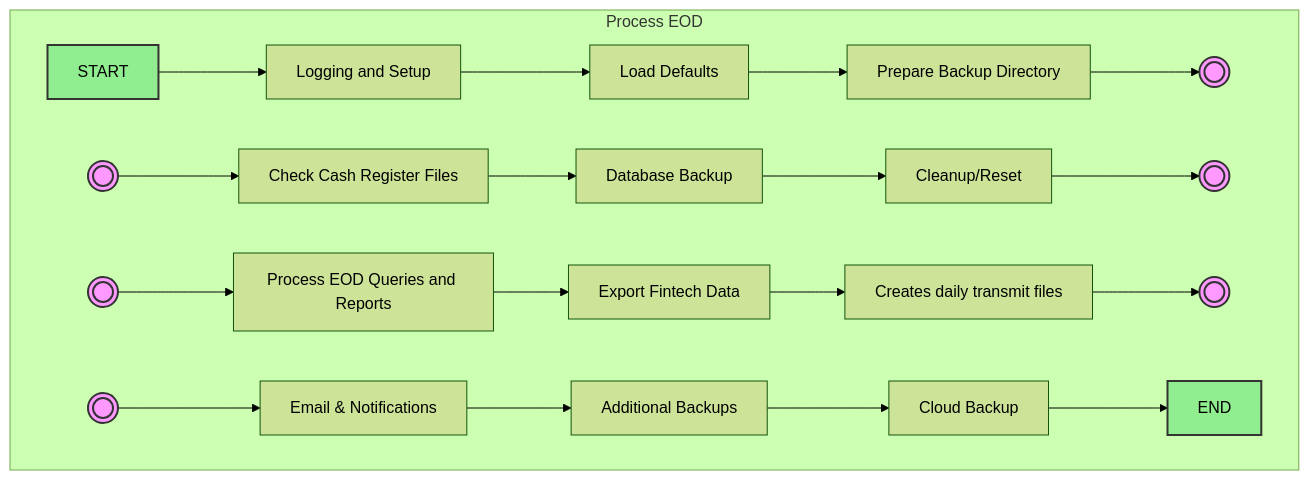
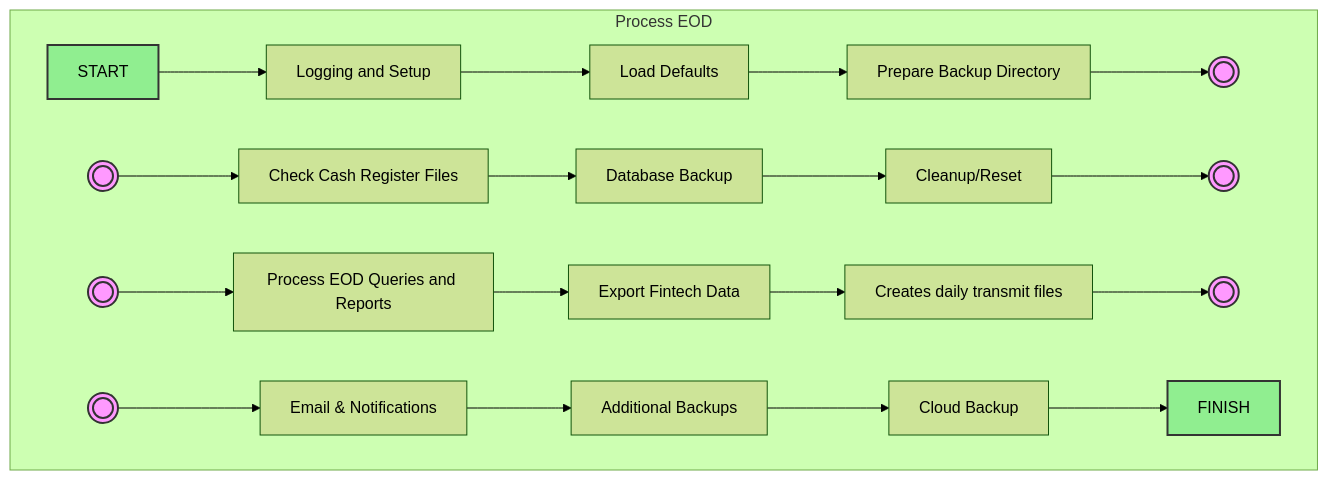
The second of 7 diagrams in end-of-day.md (liblibs/kmds), drawn with Mermaid (forest theme) before and after one commit. The commit also changed other lines of this file and 1 other file, not shown here.

````diff
--- a/end-of-day.md
+++ b/end-of-day.md
@@ -24,29 +25,29 @@
 ```mermaid 
 flowchart LR 
     subgraph EOD["Process EOD"]
     direction LR
         START --> LoggingSetup[Logging and Setup]; click LoggingSetup "#LoggingSetup"
         LoggingSetup --> LoadDefaults[Load Defaults]; click LoadDefaults "#LoadDefaults"
         LoadDefaults --> PrepBUDir[Prepare Backup Directory]; click PrepBUDir "#PrepBUDir"
         PrepBUDir --> A((( ))):::connector
 
         B((( ))):::connector --> CheckCashReg[Check Cash Register Files]; click CheckCashReg "#CheckCashReg"
         CheckCashReg --> DatabaseBackup[Database Backup]; click DatabaseBackup "#DatabaseBackup"
         DatabaseBackup --> CleanupReset[Cleanup/Reset]; click CleanupReset "#CleanupReset"
         CleanupReset --> C((( ))):::connector
 
         D((( ))):::connector --> ProcEODQryRpt[Process EOD Queries and Reports]; click ProcEODQryRpt "#ProcEODQryRpt"
         ProcEODQryRpt --> ExportFintechData[Export Fintech Data]; click ExportFintechData "#ExportFintechData"
         ExportFintechData --> DailyTransmit[Creates daily transmit files]; click DailyTransmit "#DailyTransmit"
         DailyTransmit --> E((( ))):::connector
 
         F((( ))):::connector --> EmailAndNotifications[Email & Notifications]
         EmailAndNotifications --> AdditionalBackups[Additional Backups]
         AdditionalBackups --> CloudBackup[Cloud Backup]
-        CloudBackup --> END
+        CloudBackup --> END["FINISH"]
 
         style START fill:#90EE90,stroke:#333,stroke-width:2px;
         style END fill:#90EE90,stroke:#333,stroke-width:2px;
         classDef connector fill:#f9f,stroke:#333,stroke-width:2px;
     end
 ```
````
